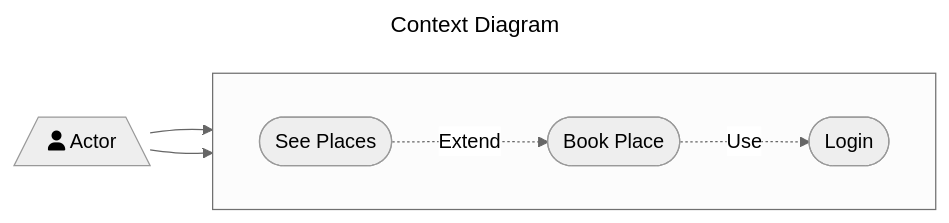
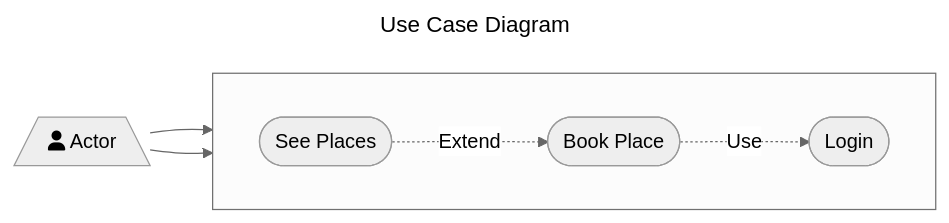
Before and after one commit to Kuziomkin/diagrams: the third of 3 diagrams in mermaid_elements.md, drawn with Mermaid.

````diff
--- a/mermaid_elements.md
+++ b/mermaid_elements.md
@@ -50,25 +50,25 @@
 ```mermaid
 ---
-title: Context Diagram
+title: Use Case Diagram
 config:
   layout: dagre
   look: classic
   theme: neutral
 ---
     flowchart LR
         %% define components
         A[/fa:fa-user Actor\]
 
         subgraph " "
             direction LR
             L([Login])
             G([See Places])
             B([Book Place])
         end
 
         %% define relationships
         A --> L
         A --> G
         G -.Extend.-> B
         B -.Use.-> L
 ```
````
